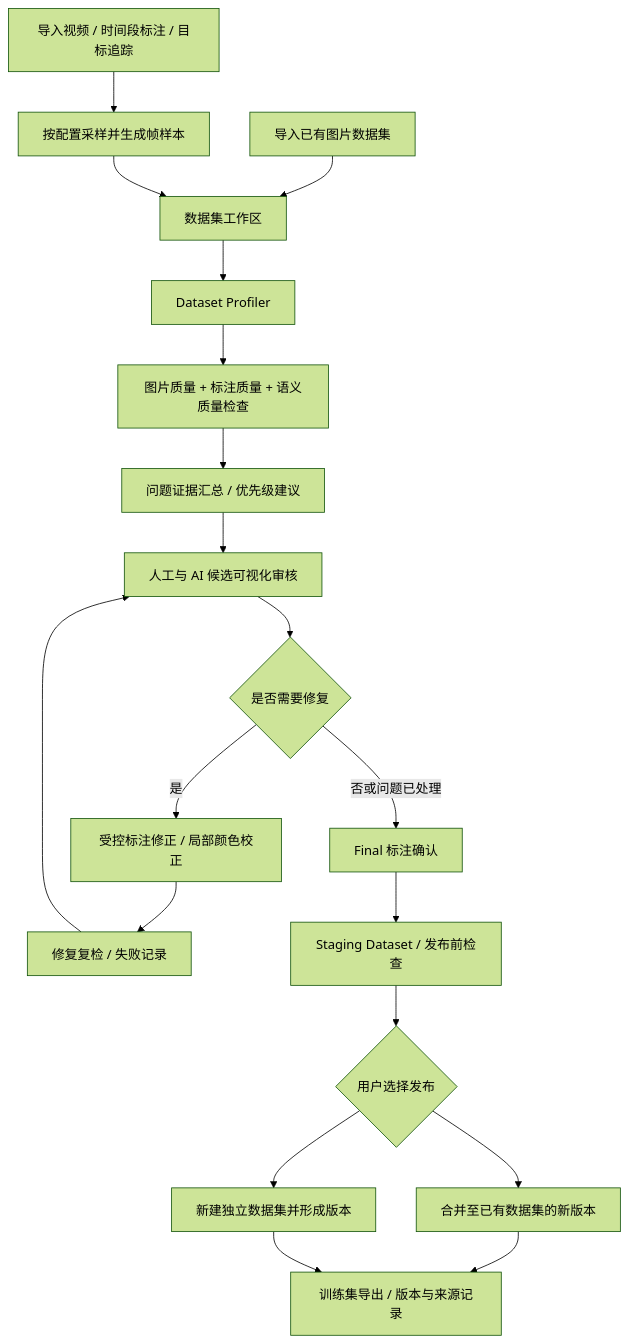
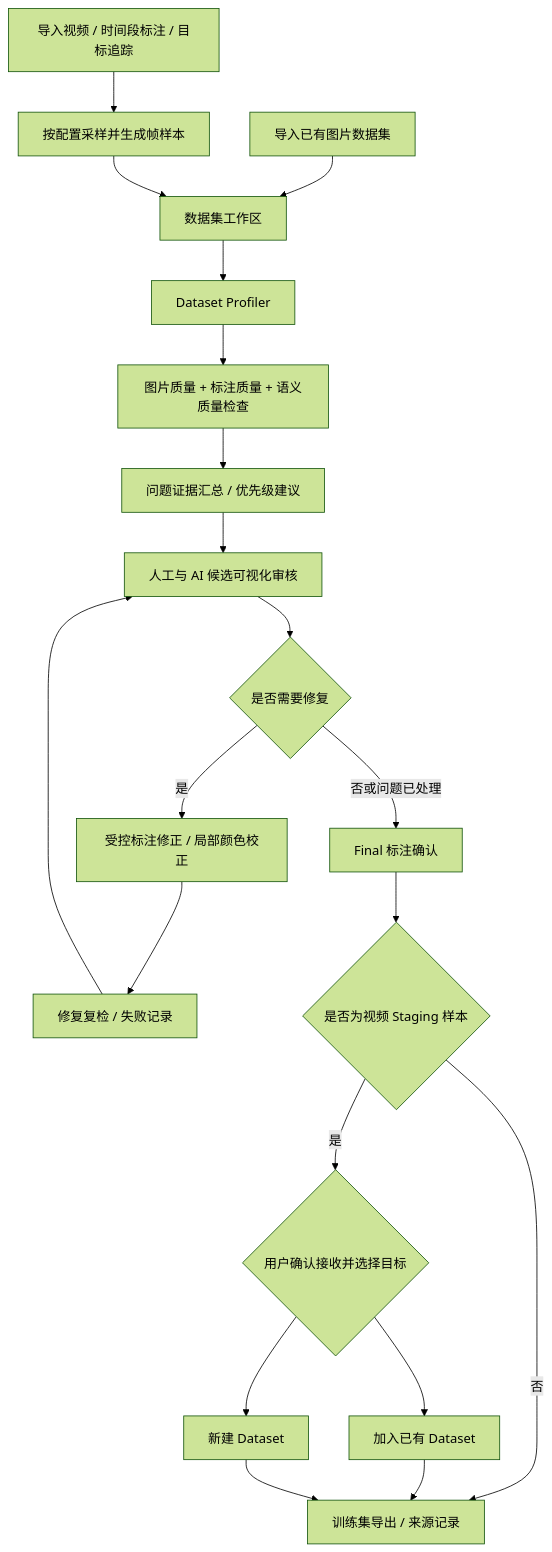
The diagram in docs/requirements/dataset_doctor_project_context_and_vision_v0.1.md (kikiFrank/dataset_doctor), drawn with Mermaid (forest theme) before and after one commit. The commit also changed other lines of this file and 6 other files, not shown here.

````diff
--- a/docs/requirements/dataset_doctor_project_context_and_vision_v0.1.md
+++ b/docs/requirements/dataset_doctor_project_context_and_vision_v0.1.md
@@ -143,21 +143,22 @@
 ```mermaid
 flowchart TD
     A[导入已有图片数据集] --> C[数据集工作区]
     B[导入视频 / 时间段标注 / 目标追踪] --> S[按配置采样并生成帧样本]
     S --> C
     C --> D[Dataset Profiler]
     D --> E[图片质量 + 标注质量 + 语义质量检查]
     E --> F[问题证据汇总 / 优先级建议]
     F --> G[人工与 AI 候选可视化审核]
     G --> H{是否需要修复}
     H -->|是| I[受控标注修正 / 局部颜色校正]
     I --> J[修复复检 / 失败记录]
     J --> G
     H -->|否或问题已处理| K[Final 标注确认]
-    K --> L[Staging Dataset / 发布前检查]
-    L --> M{用户选择发布}
-    M --> N[合并至已有数据集的新版本]
-    M --> O[新建独立数据集并形成版本]
-    N --> P[训练集导出 / 版本与来源记录]
+    K --> L{是否为视频 Staging 样本}
+    L -->|否| P[训练集导出 / 来源记录]
+    L -->|是| M{用户确认接收并选择目标}
+    M --> N[加入已有 Dataset]
+    M --> O[新建 Dataset]
+    N --> P
     O --> P
 ```
````
